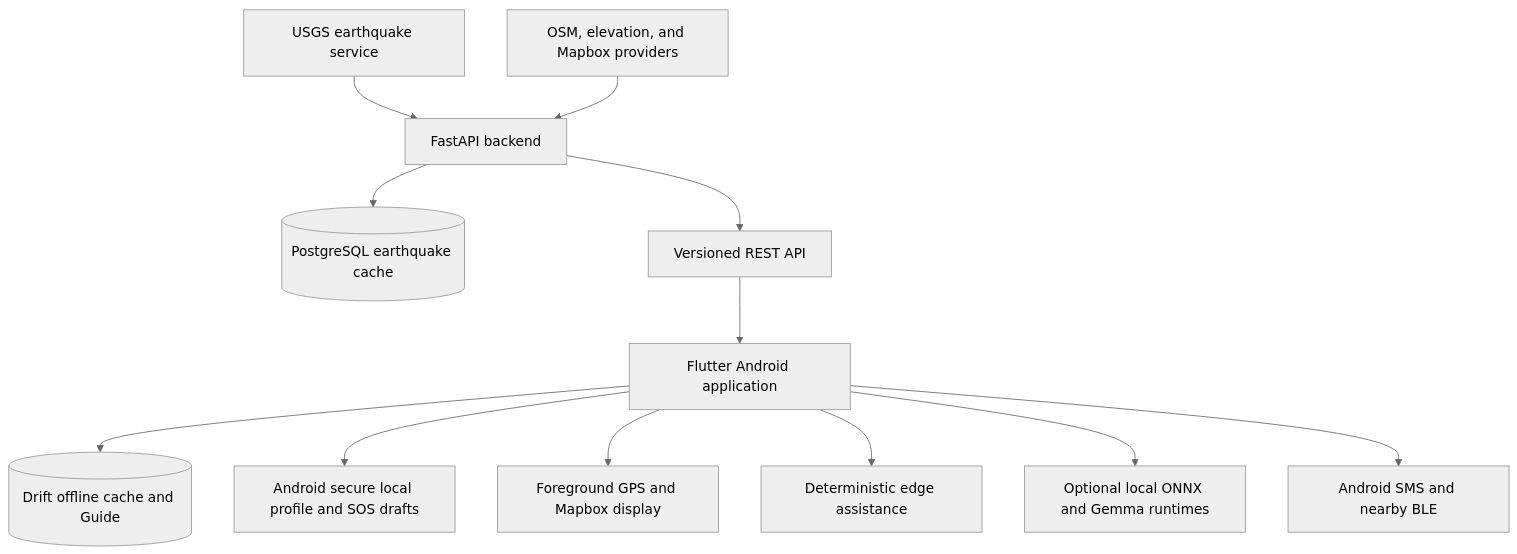
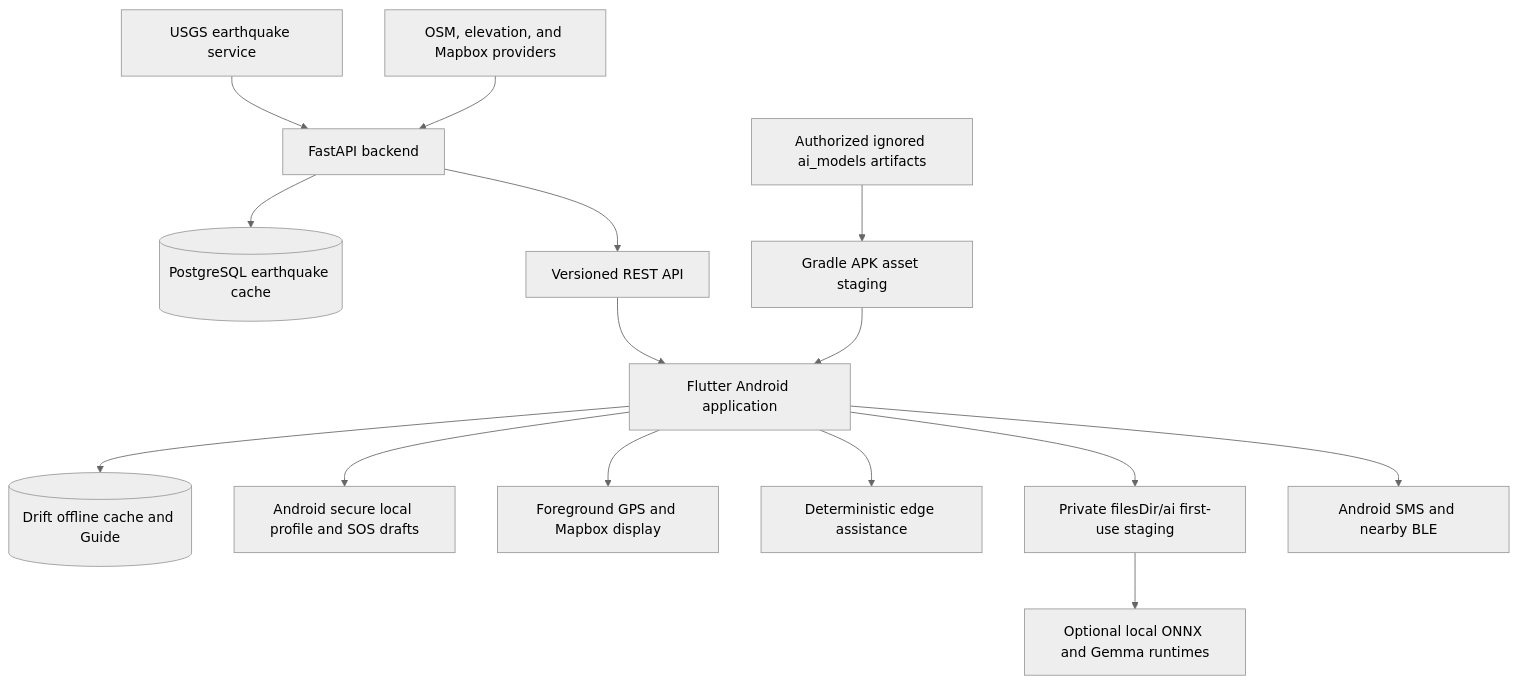
Before and after one commit to Aikozzzz/safe_myanmar: the diagram in docs/presentation/safemyanmar-slides.md, drawn with Mermaid (neutral theme). The commit also changed other lines of this file and 3 other files, not shown here.

````diff
--- a/docs/presentation/safemyanmar-slides.md
+++ b/docs/presentation/safemyanmar-slides.md
@@ -310,14 +313,17 @@
 ```mermaid
 flowchart TD
     U[USGS earthquake service] --> B[FastAPI backend]
     O[OSM, elevation, and Mapbox providers] --> B
     B --> P[(PostgreSQL earthquake cache)]
     B --> A[Versioned REST API]
     A --> M[Flutter Android application]
     M --> D[(Drift offline cache and Guide)]
     M --> S[Android secure local profile and SOS drafts]
     M --> G[Foreground GPS and Mapbox display]
     M --> E[Deterministic edge assistance]
-    M --> L[Optional local ONNX and Gemma runtimes]
+    K[Authorized ignored ai_models artifacts] --> T[Gradle APK asset staging]
+    T --> M
+    M --> Q[Private filesDir/ai first-use staging]
+    Q --> L[Optional local ONNX and Gemma runtimes]
     M --> X[Android SMS and nearby BLE]
 ```
````
